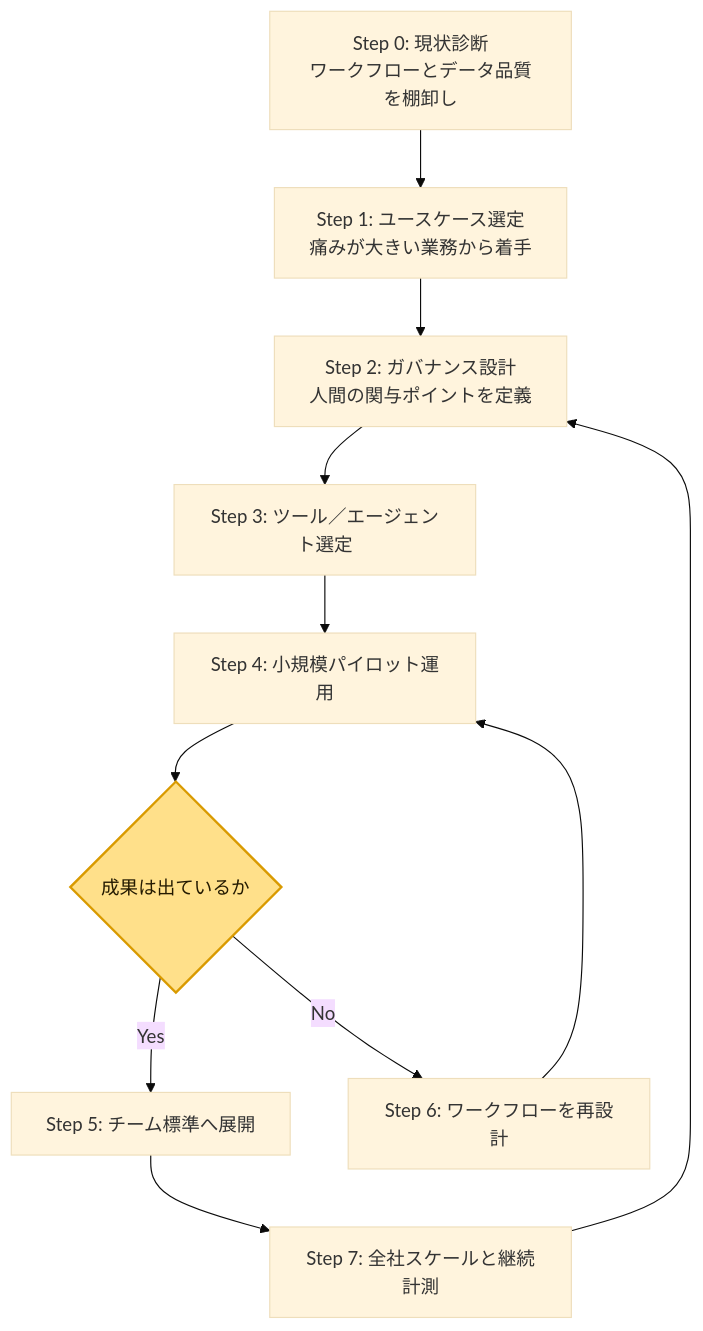
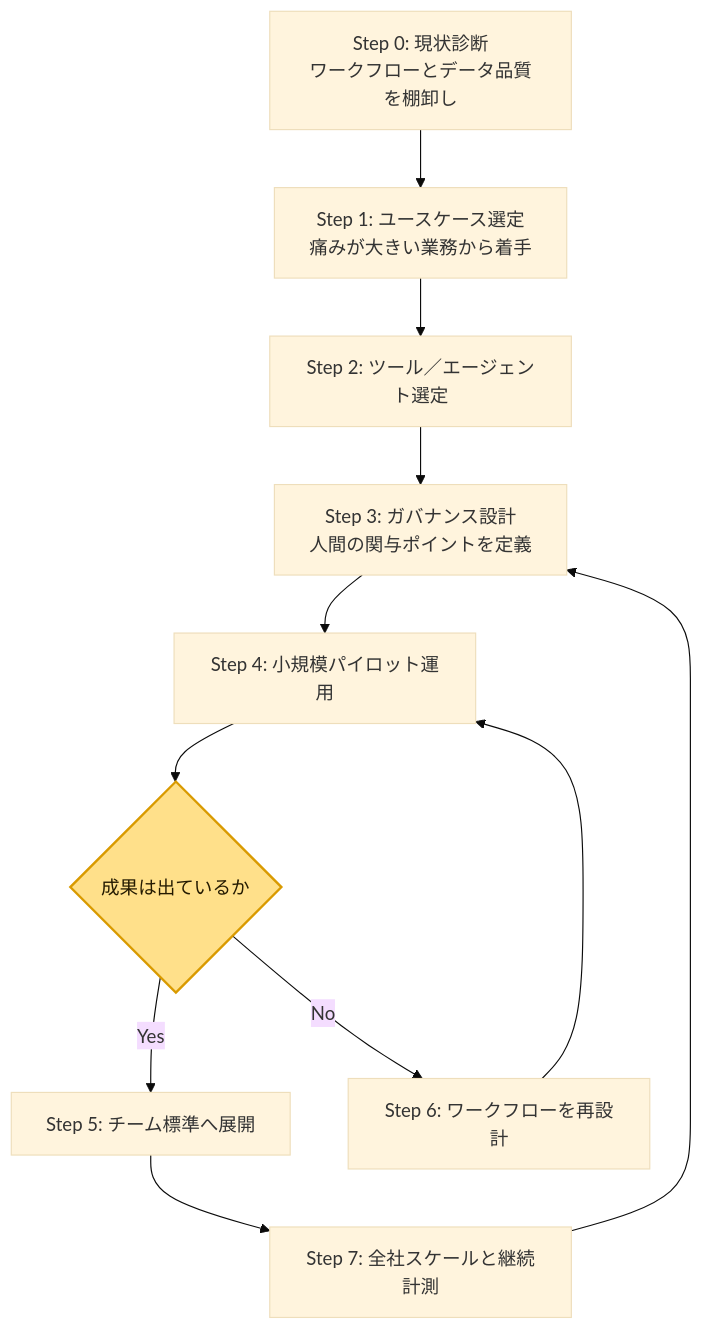
The first of 4 diagrams in Ai-driven-project-management-guide.md (myoshi2891/Management-Team-Building-Studies), drawn with Mermaid (base theme) before and after one commit. The commit also changed other lines of this file and 1 other file, not shown here.

Commit message:
docs: format and adjust spacing in AI PM and Peopleware guides

````diff
--- a/Ai-driven-project-management-guide.md
+++ b/Ai-driven-project-management-guide.md
@@ -71,15 +72,15 @@
 ```mermaid
 flowchart TB
     A["Step 0: 現状診断<br/>ワークフローとデータ品質を棚卸し"] --> B["Step 1: ユースケース選定<br/>痛みが大きい業務から着手"]
-    B --> C["Step 2: ガバナンス設計<br/>人間の関与ポイントを定義"]
-    C --> D["Step 3: ツール／エージェント選定"]
+    B --> C["Step 2: ツール／エージェント選定"]
+    C --> D["Step 3: ガバナンス設計<br/>人間の関与ポイントを定義"]
     D --> E["Step 4: 小規模パイロット運用"]
     E --> F{"成果は出ているか"}
     F -- "Yes" --> G["Step 5: チーム標準へ展開"]
     F -- "No" --> H["Step 6: ワークフローを再設計"]
     H --> E
     G --> I["Step 7: 全社スケールと継続計測"]
-    I --> C
+    I --> D
 
     style F fill:#ffe08a,stroke:#d99a00,stroke-width:2px,color:#241a00
 ```
````
